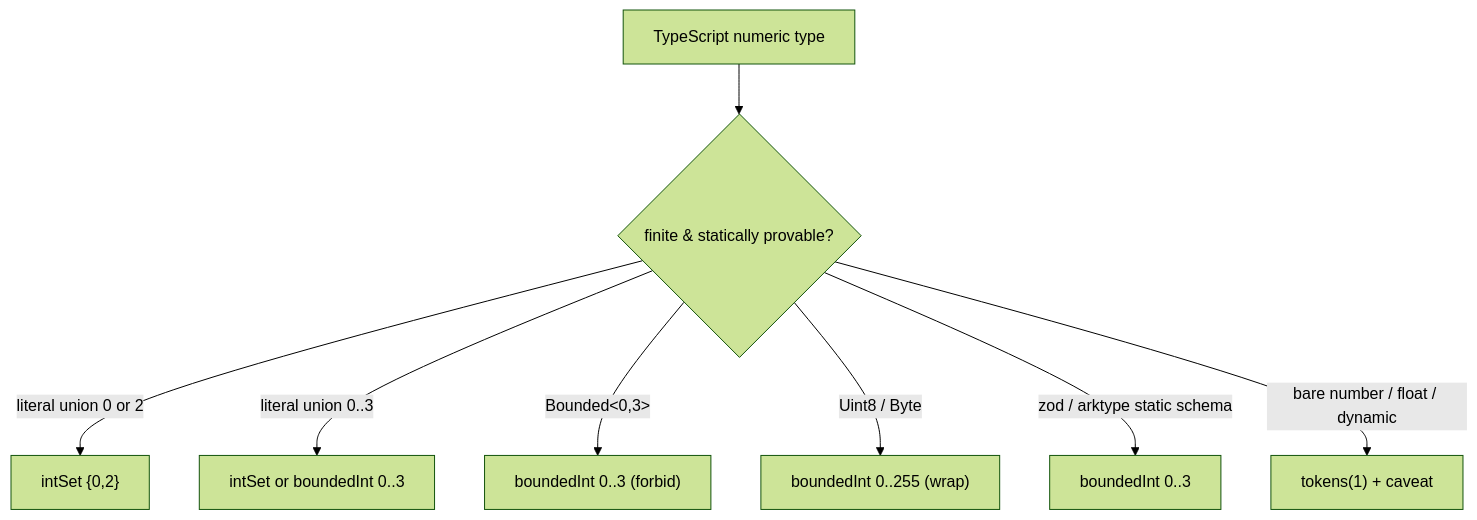
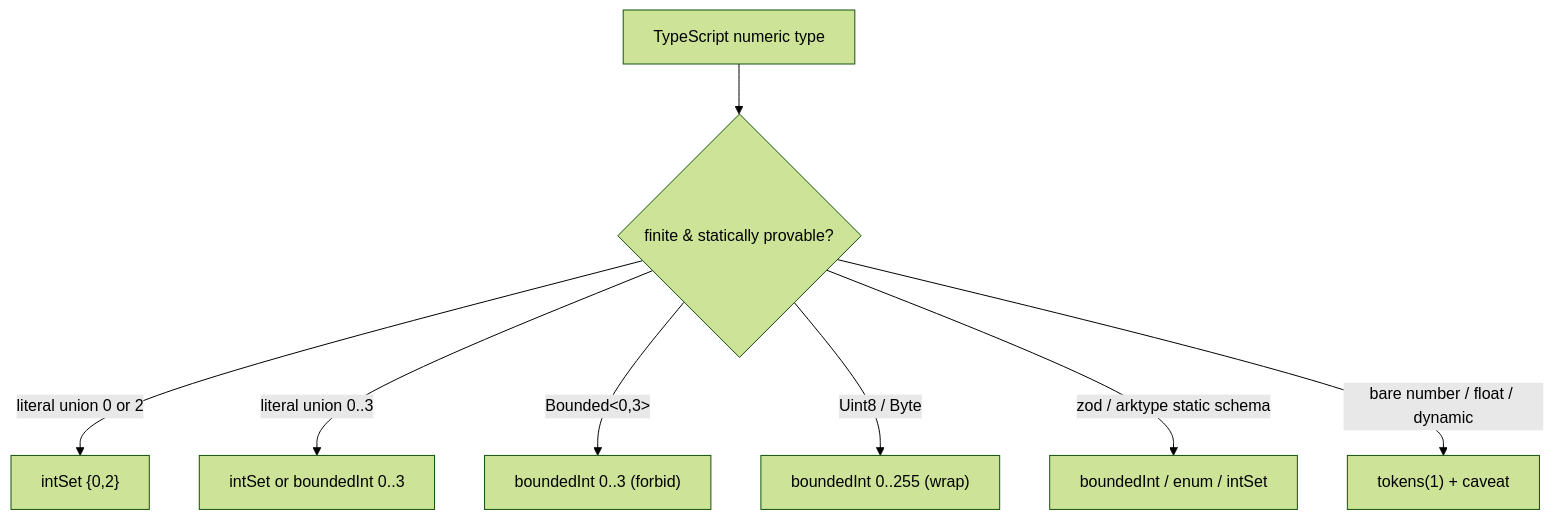
The diagram in docs/concepts/state-and-domains.md (Harineko0/modality-ts), drawn with Mermaid (forest theme) before and after one commit. The commit also changed other lines of this file and 25 other files, not shown here.

````diff
--- a/docs/concepts/state-and-domains.md
+++ b/docs/concepts/state-and-domains.md
@@ -50,10 +50,10 @@
 ```mermaid
 flowchart TD
   n["TypeScript numeric type"] --> q{"finite & statically provable?"}
   q -->|"literal union 0 or 2"| s["intSet {0,2}"]
   q -->|"literal union 0..3"| r1["intSet or boundedInt 0..3"]
   q -->|"Bounded&lt;0,3&gt;"| r2["boundedInt 0..3 (forbid)"]
   q -->|"Uint8 / Byte"| r3["boundedInt 0..255 (wrap)"]
-  q -->|"zod / arktype static schema"| r4["boundedInt 0..3"]
+  q -->|"zod / arktype static schema"| r4["boundedInt / enum / intSet"]
   q -->|"bare number / float / dynamic"| t["tokens(1) + caveat"]
 ```
````
